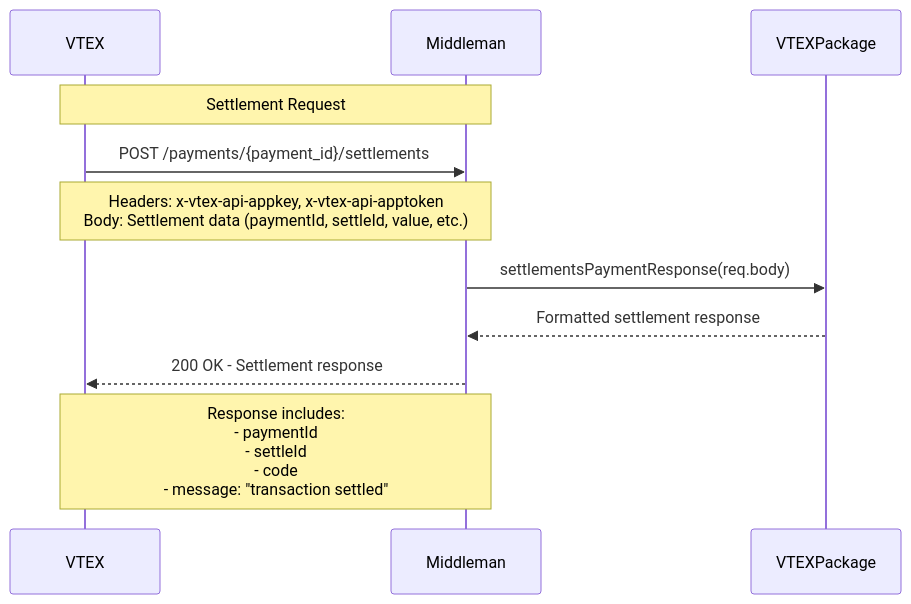
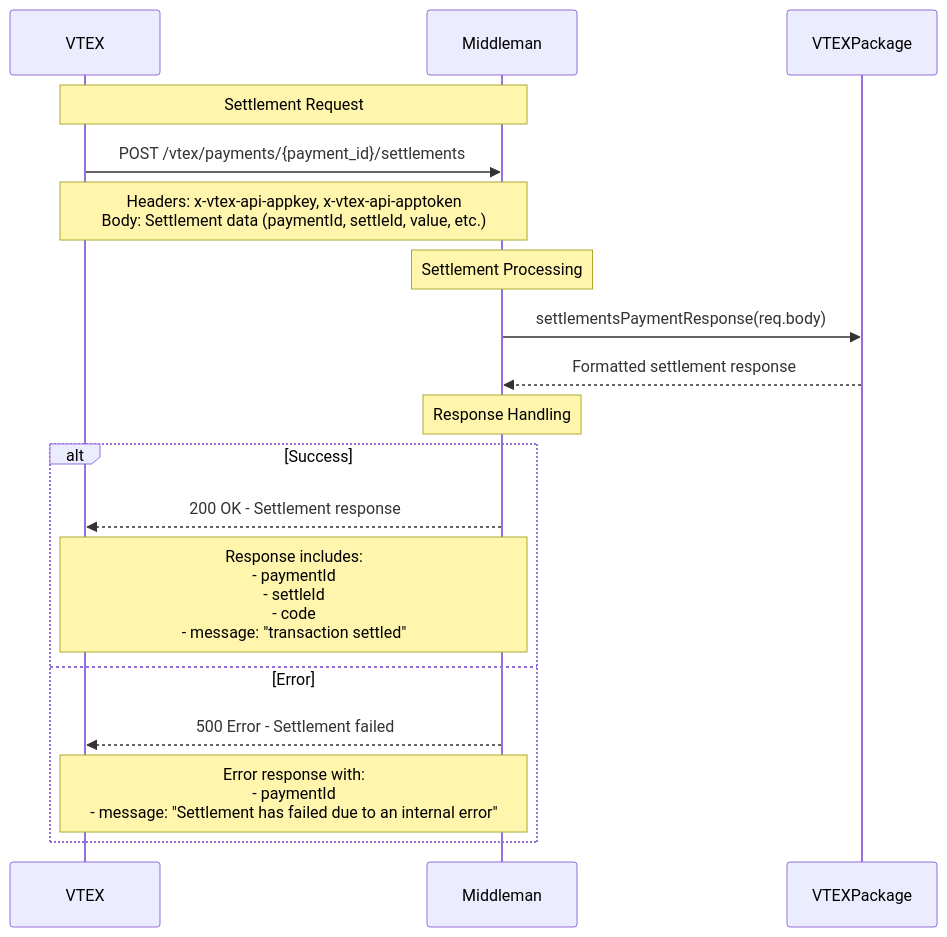
Before and after one commit to joa2pac/text-assistant-gpt: the second of 4 diagrams in README.md, drawn with Mermaid. The commit also changed other lines of this file, not shown here.

````diff
--- a/README.md
+++ b/README.md
@@ -270,16 +292,23 @@
 ```mermaid
 sequenceDiagram
-  participant VTEX
-  participant Middleman
-  participant VTEXPackage
+    participant VTEX
+    participant Middleman
+    participant VTEXPackage
 
-  note over VTEX,Middleman: Settlement Request
-  VTEX->>Middleman: POST /payments/{payment_id}/settlements
-  Note over VTEX,Middleman: Headers: x-vtex-api-appkey, x-vtex-api-apptoken<br/>Body: Settlement data (paymentId, settleId, value, etc.)
+    note over VTEX,Middleman: Settlement Request
+    VTEX->>Middleman: POST /vtex/payments/{payment_id}/settlements
+    Note over VTEX,Middleman: Headers: x-vtex-api-appkey, x-vtex-api-apptoken<br/>Body: Settlement data (paymentId, settleId, value, etc.)
 
-  Middleman->>VTEXPackage: settlementsPaymentResponse(req.body)
-  VTEXPackage-->>Middleman: Formatted settlement response
+    note over Middleman: Settlement Processing
+    Middleman->>VTEXPackage: settlementsPaymentResponse(req.body)
+    VTEXPackage-->>Middleman: Formatted settlement response
 
-  Middleman-->>VTEX: 200 OK - Settlement response
-  Note over Middleman,VTEX: Response includes:<br/>- paymentId<br/>- settleId<br/>- code<br/>- message: "transaction settled"
+    note over Middleman: Response Handling
+    alt Success
+        Middleman-->>VTEX: 200 OK - Settlement response
+        Note over Middleman,VTEX: Response includes:<br/>- paymentId<br/>- settleId<br/>- code<br/>- message: "transaction settled"
+    else Error
+        Middleman-->>VTEX: 500 Error - Settlement failed
+        Note over Middleman,VTEX: Error response with:<br/>- paymentId<br/>- message: "Settlement has failed due to an internal error"
+    end
 ```
````
